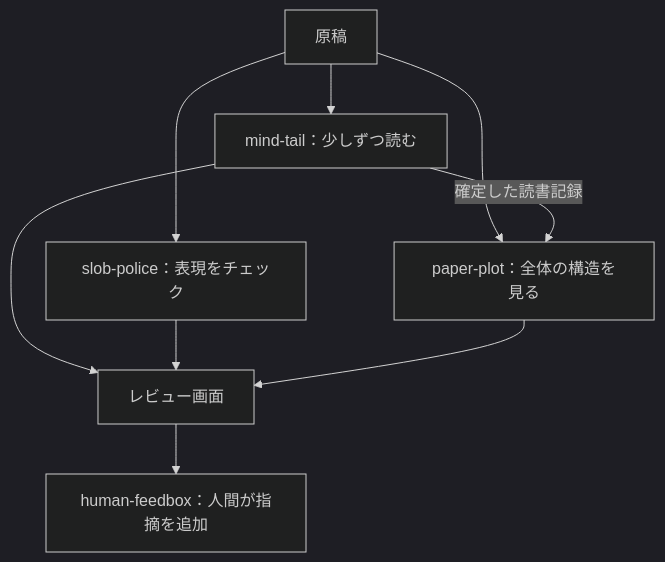
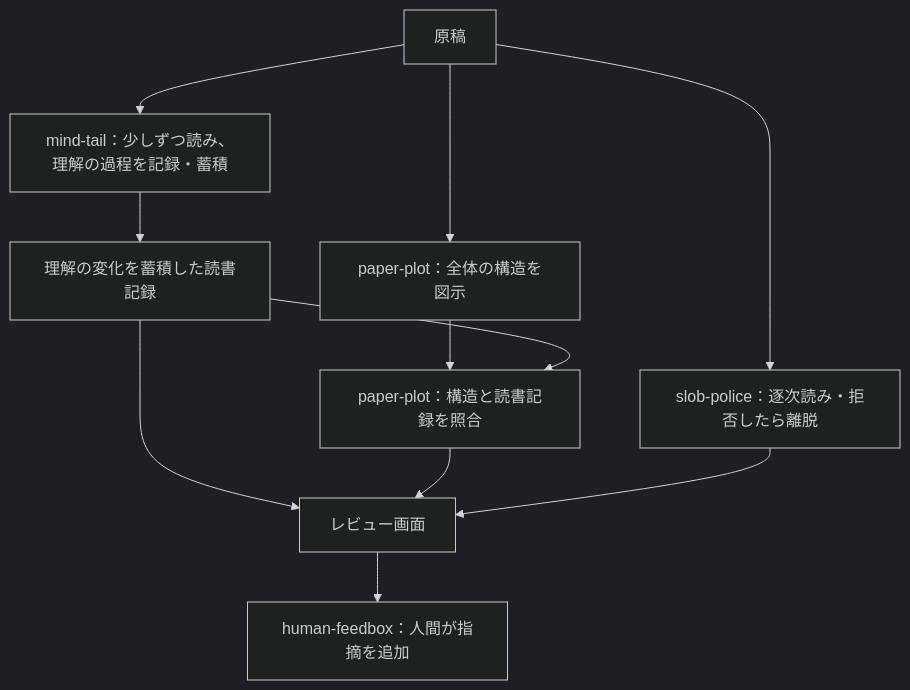
Before and after one commit to laiso/revise-and-resubmit: the diagram in README.md, drawn with Mermaid (dark theme). The commit also changed other lines of this file, not shown here.

Commit message:
Revise README after reader review
Name the input format up front, drop the third restatement of "the
writer makes the edits", and redraw the subagent diagram so the
dependency on mind-tail's reading record is visible in the figure.

````diff
--- a/README.md
+++ b/README.md
@@ -51,11 +51,13 @@
 ```mermaid
 flowchart TD
-    A[原稿] --> B[mind-tail：少しずつ読む]
-    A --> C[slob-police：表現をチェック]
-    A --> D[paper-plot：全体の構造を見る]
-    B -->|確定した読書記録| D
-    B --> E[レビュー画面]
+    A[原稿] --> B["mind-tail：少しずつ読み、理解の過程を記録・蓄積"]
+    B --> C[理解の変化を蓄積した読書記録]
+    A --> D[paper-plot：全体の構造を図示]
+    D --> E[paper-plot：構造と読書記録を照合]
     C --> E
-    D --> E
-    E --> F[human-feedbox：人間が指摘を追加]
+    A --> F[slob-police：逐次読み・拒否したら離脱]
+    C --> G[レビュー画面]
+    E --> G
+    F --> G
+    G --> H[human-feedbox：人間が指摘を追加]
 ```
````
